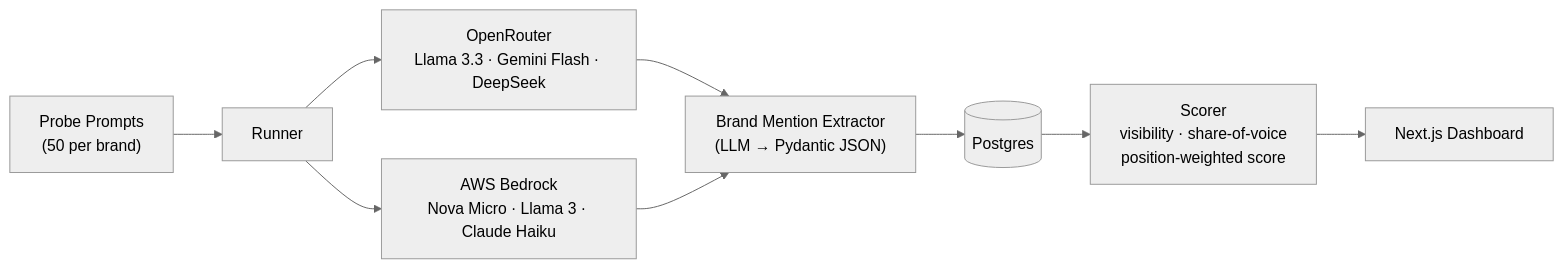
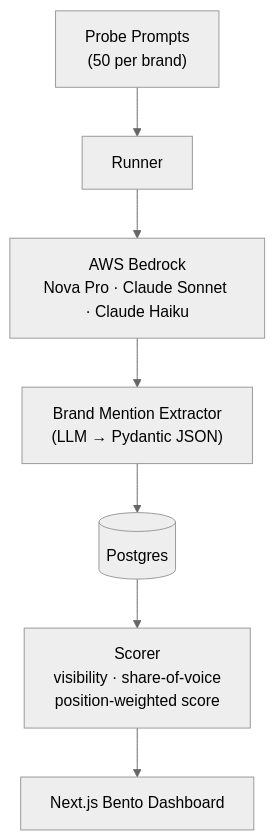
The diagram in README.md (Rahul2899/aura-ai-visibility), drawn with Mermaid (neutral theme) before and after one commit. The commit also changed other lines of this file and 96 other files, not shown here.

````diff
--- a/README.md
+++ b/README.md
@@ -7,14 +9,12 @@
 ```mermaid
-graph LR
+graph TD
     Prompts["Probe Prompts\n(50 per brand)"] --> Runner
 
-    Runner --> OpenRouter["OpenRouter\nLlama 3.3 · Gemini Flash · DeepSeek"]
-    Runner --> Bedrock["AWS Bedrock\nNova Micro · Llama 3 · Claude Haiku"]
+    Runner --> Bedrock["AWS Bedrock\nNova Pro · Claude Sonnet · Claude Haiku"]
 
-    OpenRouter --> Extractor
     Bedrock --> Extractor
 
     Extractor["Brand Mention Extractor\n(LLM → Pydantic JSON)"] --> DB[(Postgres)]
     DB --> Scorer["Scorer\nvisibility · share-of-voice\nposition-weighted score"]
-    Scorer --> Dashboard["Next.js Dashboard"]
+    Scorer --> Dashboard["Next.js Bento Dashboard"]
 ```
````
